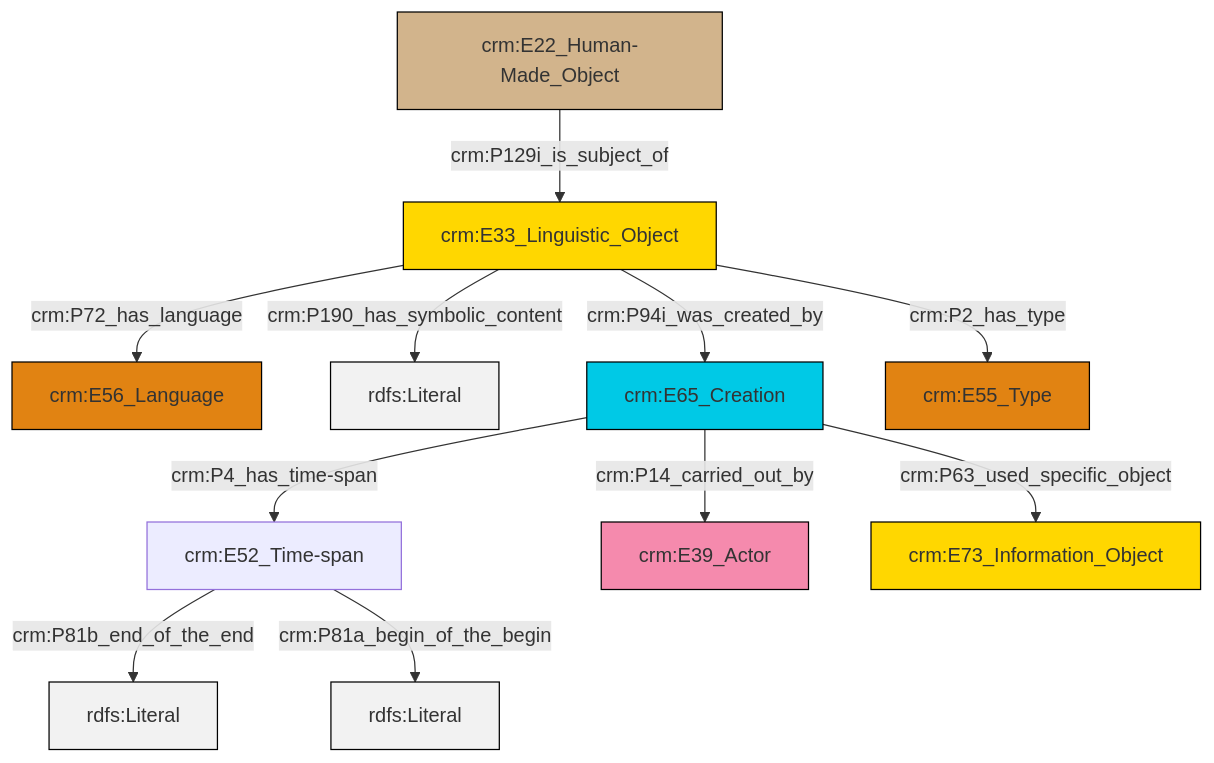
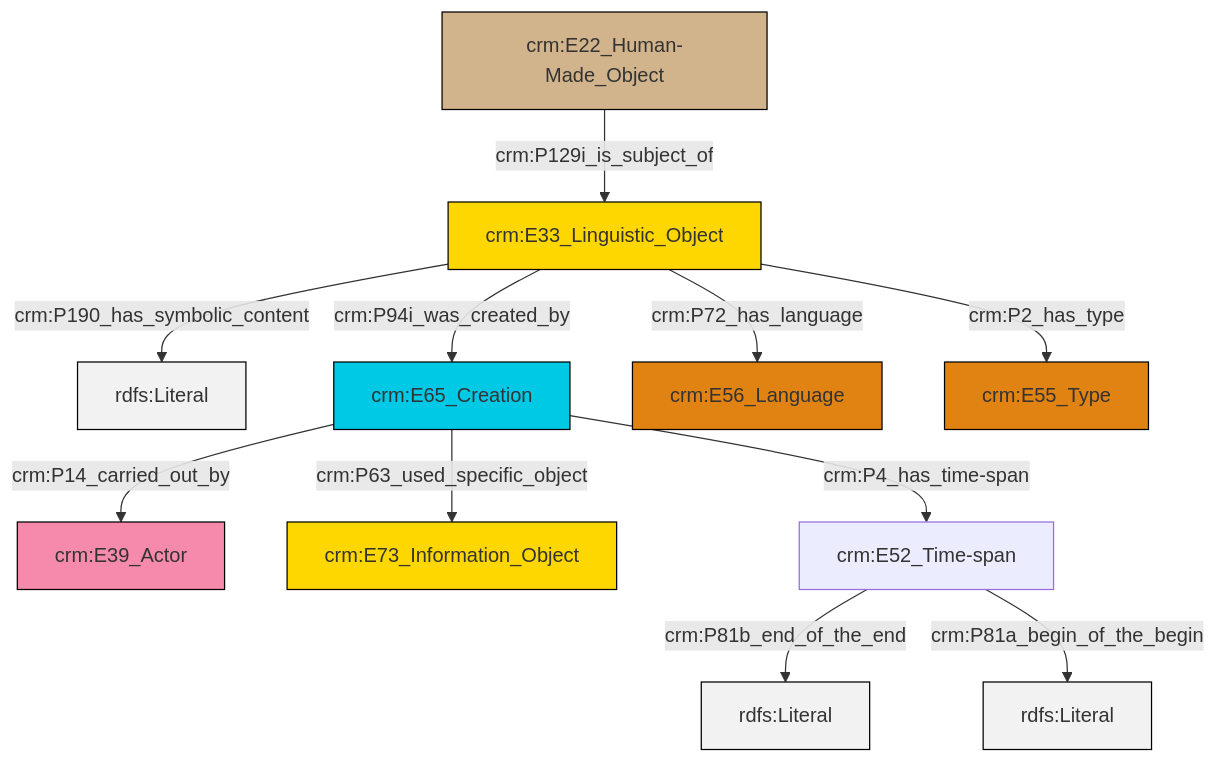
The diagram in et/carrierCSV/ttl/mmd/carrier_description.ttl.mmd (swiss-art-research-net/docs.swissartresearch), drawn with Mermaid before and after one commit. The commit also changed 210 other files, not shown here.

```diff
--- a/et/carrierCSV/ttl/mmd/carrier_description.ttl.mmd
+++ b/et/carrierCSV/ttl/mmd/carrier_description.ttl.mmd
@@ -1,25 +1,25 @@
 graph TD
 classDef Literal fill:#f2f2f2,stroke:#000000;
 classDef CRM_Entity fill:#FFFFFF,stroke:#000000;
 classDef Temporal_Entity fill:#00C9E6, stroke:#000000;
 classDef Type fill:#E18312, stroke:#000000;
 classDef Time-Span fill:#2C9C91, stroke:#000000;
 classDef Appellation fill:#FFEB7F, stroke:#000000;
 classDef Place fill:#008836, stroke:#000000;
 classDef Persistent_Item fill:#B266B2, stroke:#000000;
 classDef Conceptual_Object fill:#FFD700, stroke:#000000;
 classDef Physical_Thing fill:#D2B48C, stroke:#000000;
 classDef Actor fill:#f58aad, stroke:#000000;
 classDef PC_Classes fill:#4ce600, stroke:#000000;
 classDef Multi fill:#cccccc,stroke:#000000;
 
-0["crm:E33_Linguistic_Object"]:::Conceptual_Object -->|crm:P72_has_language| 1["crm:E56_Language"]:::Type
-2["crm:E52_Time-span"]:::Default -->|crm:P81b_end_of_the_end| 3[rdfs:Literal]:::Literal
-0["crm:E33_Linguistic_Object"]:::Conceptual_Object -->|crm:P190_has_symbolic_content| 4[rdfs:Literal]:::Literal
-5["crm:E22_Human-Made_Object"]:::Physical_Thing -->|crm:P129i_is_subject_of| 0["crm:E33_Linguistic_Object"]:::Conceptual_Object
-2["crm:E52_Time-span"]:::Default -->|crm:P81a_begin_of_the_begin| 11[rdfs:Literal]:::Literal
-0["crm:E33_Linguistic_Object"]:::Conceptual_Object -->|crm:P94i_was_created_by| 13["crm:E65_Creation"]:::Temporal_Entity
-0["crm:E33_Linguistic_Object"]:::Conceptual_Object -->|crm:P2_has_type| 14["crm:E55_Type"]:::Type
-13["crm:E65_Creation"]:::Temporal_Entity -->|crm:P14_carried_out_by| 7["crm:E39_Actor"]:::Actor
-13["crm:E65_Creation"]:::Temporal_Entity -->|crm:P63_used_specific_object| 17["crm:E73_Information_Object"]:::Conceptual_Object
-13["crm:E65_Creation"]:::Temporal_Entity -->|crm:P4_has_time-span| 2["crm:E52_Time-span"]:::Default
+2["crm:E33_Linguistic_Object"]:::Conceptual_Object -->|crm:P190_has_symbolic_content| 3[rdfs:Literal]:::Literal
+2["crm:E33_Linguistic_Object"]:::Conceptual_Object -->|crm:P94i_was_created_by| 4["crm:E65_Creation"]:::Temporal_Entity
+4["crm:E65_Creation"]:::Temporal_Entity -->|crm:P63_used_specific_object| 7["crm:E73_Information_Object"]:::Conceptual_Object
+4["crm:E65_Creation"]:::Temporal_Entity -->|crm:P14_carried_out_by| 0["crm:E39_Actor"]:::Actor
+9["crm:E22_Human-Made_Object"]:::Physical_Thing -->|crm:P129i_is_subject_of| 2["crm:E33_Linguistic_Object"]:::Conceptual_Object
+2["crm:E33_Linguistic_Object"]:::Conceptual_Object -->|crm:P2_has_type| 10["crm:E55_Type"]:::Type
+4["crm:E65_Creation"]:::Temporal_Entity -->|crm:P4_has_time-span| 11["crm:E52_Time-span"]:::Default
+11["crm:E52_Time-span"]:::Default -->|crm:P81b_end_of_the_end| 13[rdfs:Literal]:::Literal
+11["crm:E52_Time-span"]:::Default -->|crm:P81a_begin_of_the_begin| 14[rdfs:Literal]:::Literal
+2["crm:E33_Linguistic_Object"]:::Conceptual_Object -->|crm:P72_has_language| 5["crm:E56_Language"]:::Type
```
